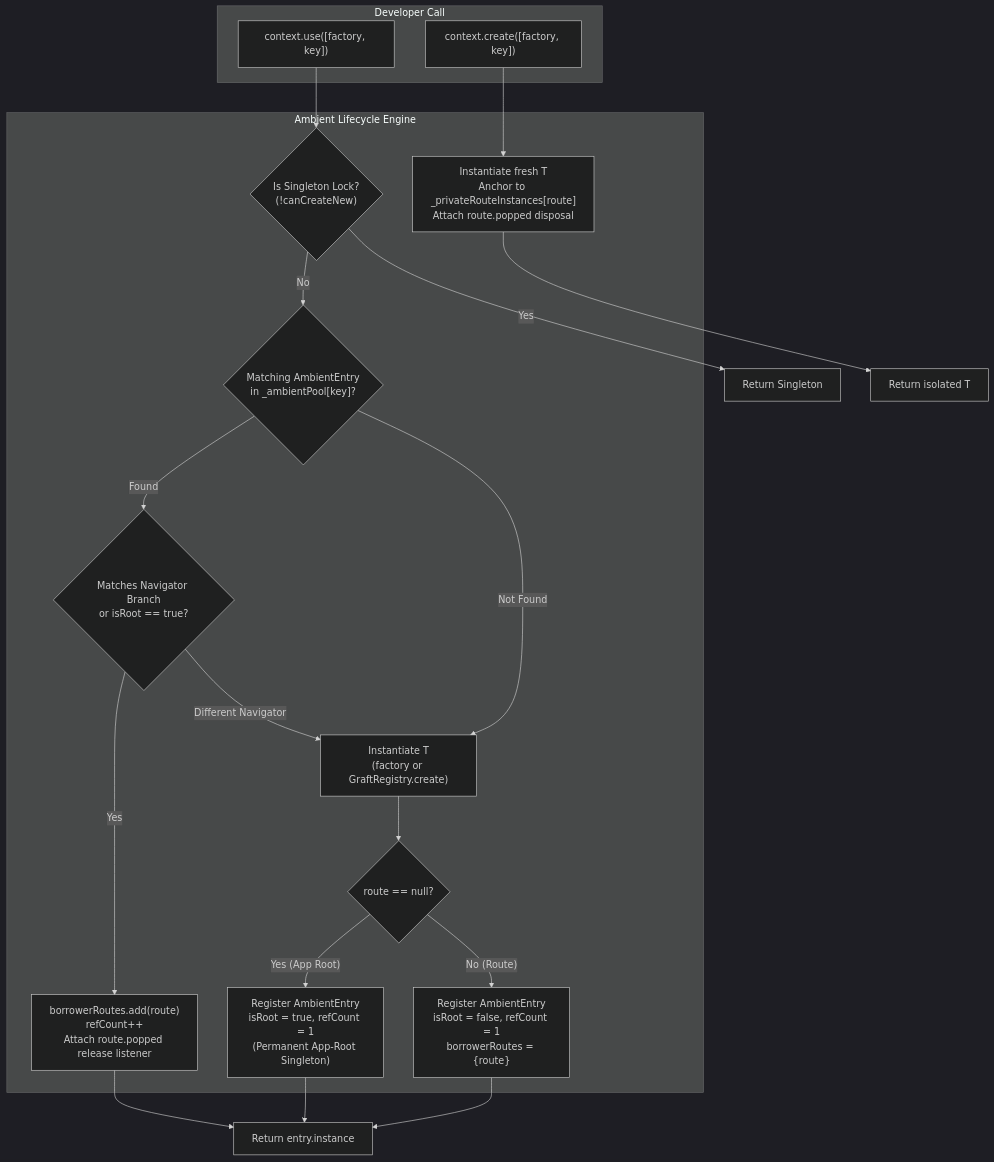
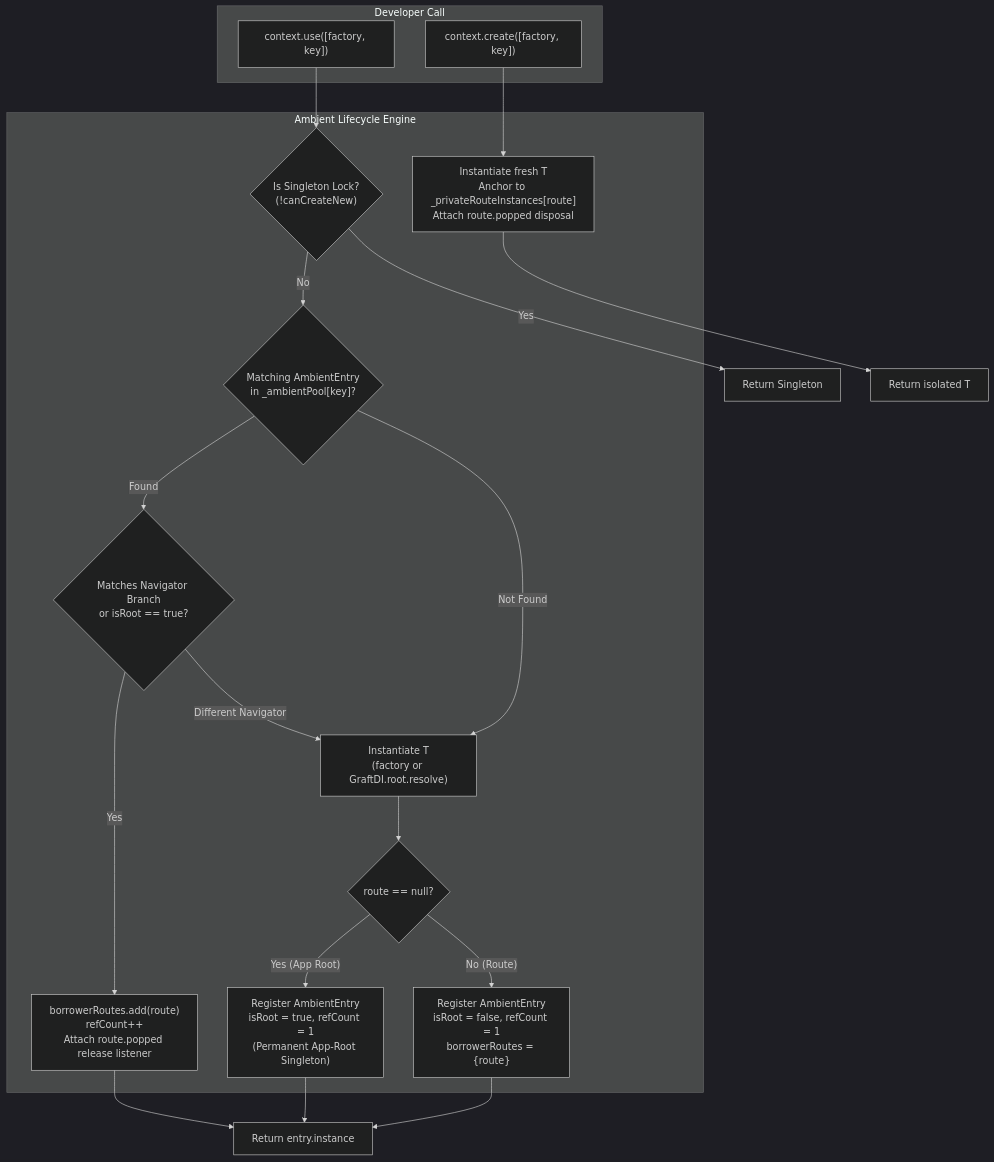
One commit to kmmuzahid/graft changed the fifth of 5 diagrams in ARCHITECTURE.md. Above: the diagram before and after it, drawn with Mermaid (dark theme). The commit also changed other lines of this file and 53 other files, not shown here.

````diff
--- a/ARCHITECTURE.md
+++ b/ARCHITECTURE.md
@@ -235,32 +235,32 @@
 ```mermaid
 flowchart TD
     subgraph ClientCall["Developer Call"]
         UseCall["context.use<T>([factory, key])"]
         CreateCall["context.create<T>([factory, key])"]
     end
 
     subgraph AmbientEngine["Ambient Lifecycle Engine"]
         SingletonCheck{"Is Singleton Lock?<br/>(!canCreateNew)"}
         PoolLookup{"Matching AmbientEntry<br/>in _ambientPool[key]?"}
         BranchCheck{"Matches Navigator Branch<br/>or isRoot == true?"}
         BorrowRoute["borrowerRoutes.add(route)<br/>refCount++<br/>Attach route.popped release listener"]
-        CreateAbsent["Instantiate T<br/>(factory or GraftRegistry.create)"]
+        CreateAbsent["Instantiate T<br/>(factory or GraftDI.root.resolve)"]
         IsRootCheck{"route == null?"}
         RegisterRoot["Register AmbientEntry<br/>isRoot = true, refCount = 1<br/>(Permanent App-Root Singleton)"]
         RegisterRoute["Register AmbientEntry<br/>isRoot = false, refCount = 1<br/>borrowerRoutes = {route}"]
         CreatePrivate["Instantiate fresh T<br/>Anchor to _privateRouteInstances[route]<br/>Attach route.popped disposal"]
     end
 
     UseCall --> SingletonCheck
     SingletonCheck -- "Yes" --> RetSingleton["Return Singleton"]
     SingletonCheck -- "No" --> PoolLookup
     PoolLookup -- "Found" --> BranchCheck
     BranchCheck -- "Yes" --> BorrowRoute --> RetInstance["Return entry.instance"]
     BranchCheck -- "Different Navigator" --> CreateAbsent
     PoolLookup -- "Not Found" --> CreateAbsent
     CreateAbsent --> IsRootCheck
     IsRootCheck -- "Yes (App Root)" --> RegisterRoot --> RetInstance
     IsRootCheck -- "No (Route)" --> RegisterRoute --> RetInstance
 
     CreateCall --> CreatePrivate --> RetPrivate["Return isolated T"]
 ```
````
